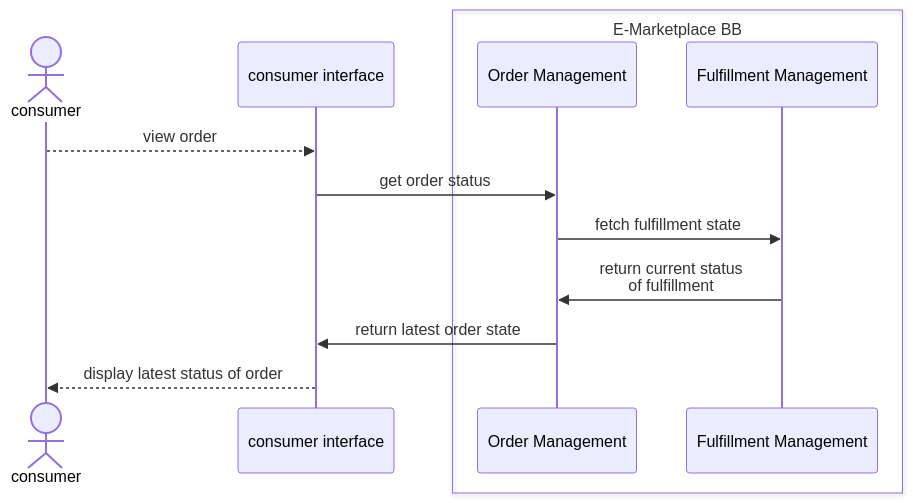
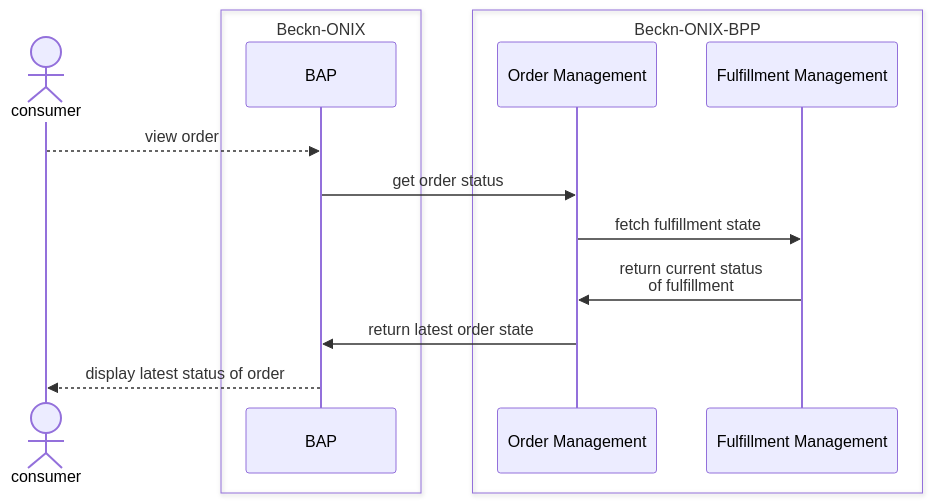
One commit to rajaneeshk90/gitbook-exp changed the seventh of 17 diagrams in README.md. Above: the diagram before and after it, drawn with Mermaid. The commit also changed other lines of this file, not shown here.

Commit message:
GITBOOK-7: Updated sequence diagram for all APIs

````diff
--- a/README.md
+++ b/README.md
@@ -202,15 +222,17 @@
 ```mermaid
 sequenceDiagram
     Actor consumer
-    participant consumer interface
-    box E-Marketplace BB
+    box Beckn-ONIX
+    participant BAP
+    end
+    box Beckn-ONIX-BPP
     participant Order Management
     participant Fulfillment Management
     end
-    consumer-->>consumer interface: view order
-    consumer interface->>Order Management:get order status
+    consumer-->>BAP: view order
+    BAP->>Order Management:get order status
     Order Management->>Fulfillment Management:fetch fulfillment state
     Fulfillment Management->>Order Management: return current status <br/> of fulfillment
-    Order Management->>consumer interface: return latest order state
-    consumer interface-->>consumer: display latest status of order
+    Order Management->>BAP: return latest order state
+    BAP-->>consumer: display latest status of order
 ```
````
